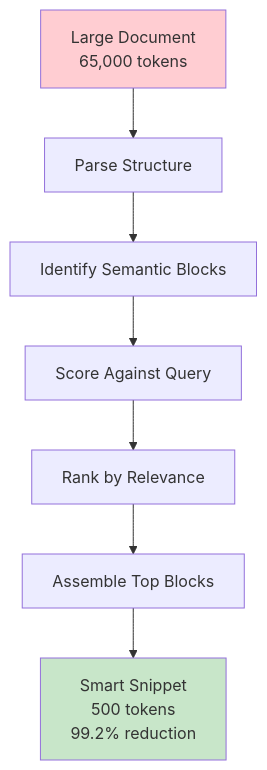
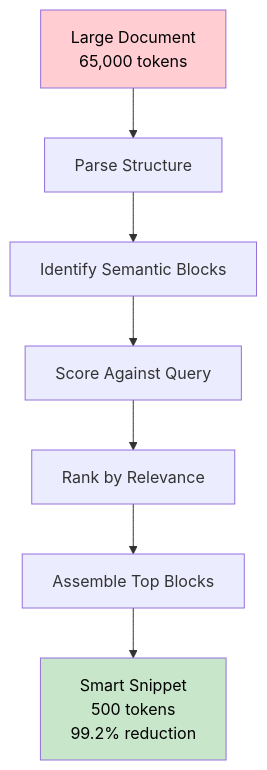
The ninth of 13 diagrams in README.md (yash-ganatra/legacy-banking-dev-assistant), drawn with Mermaid before and after one commit. The commit also changed other lines of this file, not shown here.

````diff
--- a/README.md
+++ b/README.md
@@ -409,12 +478,12 @@
 ```mermaid
 graph TB
     A[Large Document<br/>65,000 tokens] --> B[Parse Structure]
     B --> C[Identify Semantic Blocks]
     C --> D[Score Against Query]
     D --> E[Rank by Relevance]
     E --> F[Assemble Top Blocks]
     F --> G[Smart Snippet<br/>500 tokens<br/>99.2% reduction]
     
-    style A fill:#ffcdd2
-    style G fill:#c8e6c9
+    style A fill:#ffcdd2,color:#000
+    style G fill:#c8e6c9,color:#000
 ```
````
